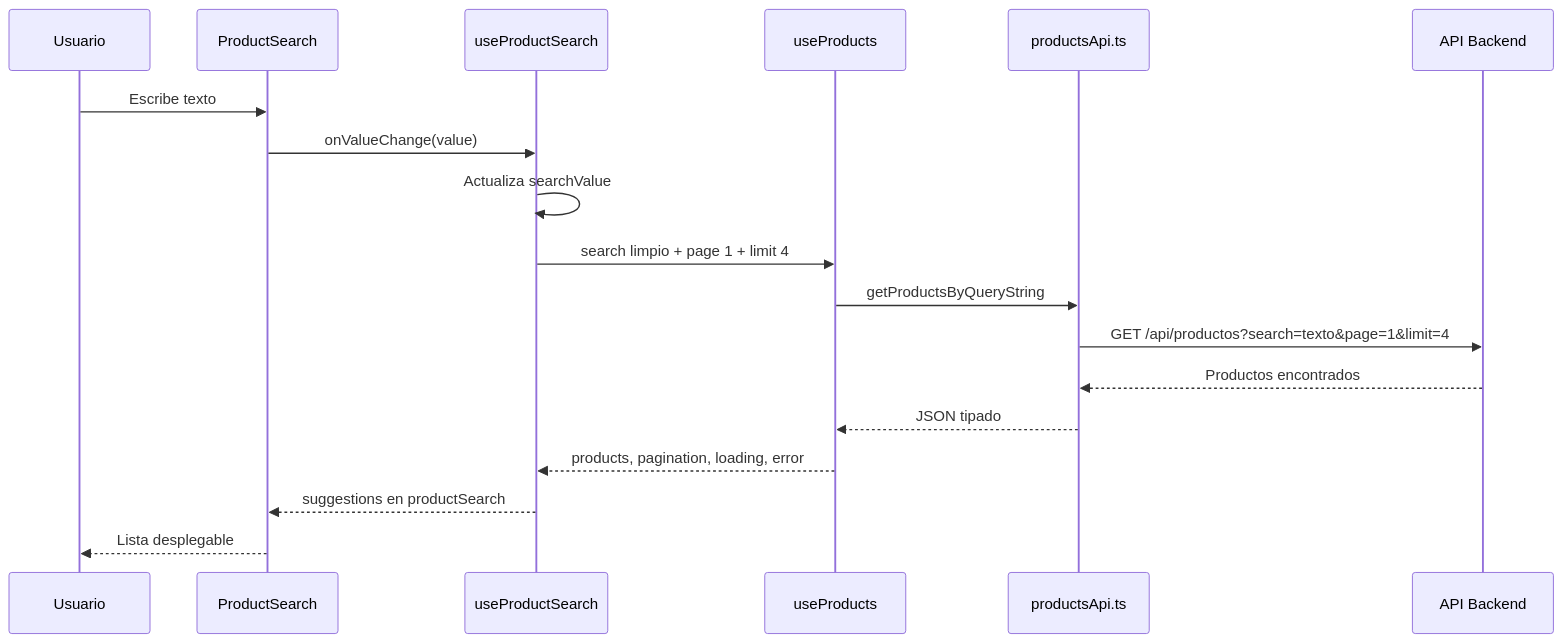
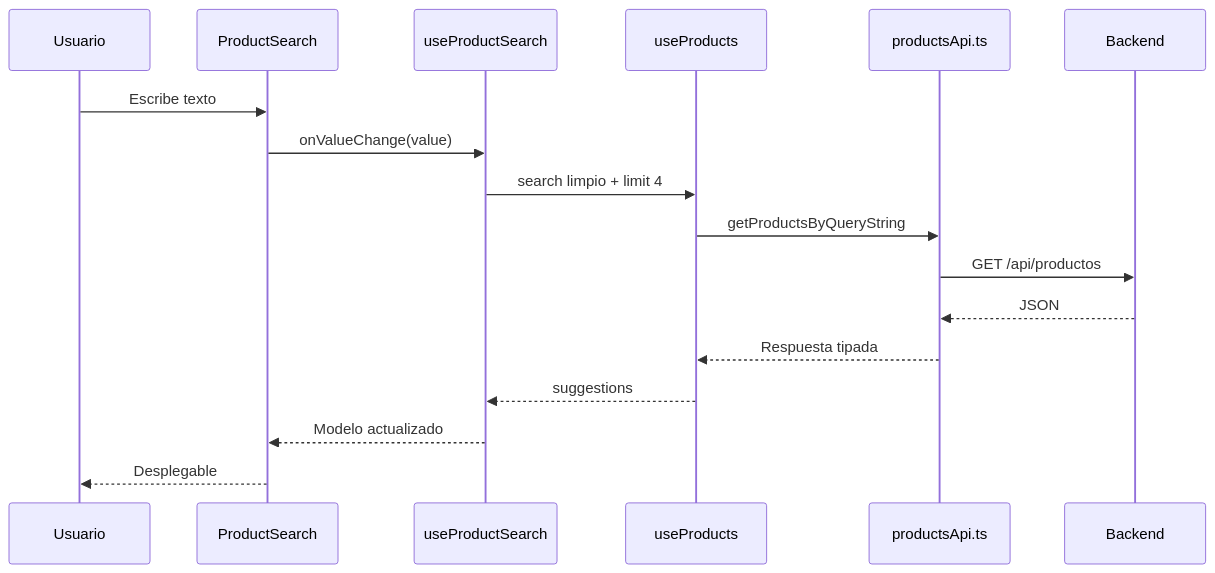
The third of 4 diagrams in documentacion/GUIA_BARRA_BUSQUEDA_PRODUCTOS.md (BrandonAlbertt/ecommerce-sosaimpor-frontend), drawn with Mermaid before and after one commit. The commit also changed other lines of this file and 13 other files, not shown here.

````diff
--- a/documentacion/GUIA_BARRA_BUSQUEDA_PRODUCTOS.md
+++ b/documentacion/GUIA_BARRA_BUSQUEDA_PRODUCTOS.md
@@ -85,21 +56,20 @@
 ```mermaid
 sequenceDiagram
-  participant User as Usuario
+  participant U as Usuario
   participant UI as ProductSearch
   participant Hook as useProductSearch
   participant Products as useProducts
-  participant Api as productsApi.ts
-  participant Backend as API Backend
+  participant API as productsApi.ts
+  participant Backend as Backend
 
-  User->>UI: Escribe texto
+  U->>UI: Escribe texto
   UI->>Hook: onValueChange(value)
-  Hook->>Hook: Actualiza searchValue
-  Hook->>Products: search limpio + page 1 + limit 4
-  Products->>Api: getProductsByQueryString
-  Api->>Backend: GET /api/productos?search=texto&page=1&limit=4
-  Backend-->>Api: Productos encontrados
-  Api-->>Products: JSON tipado
-  Products-->>Hook: products, pagination, loading, error
-  Hook-->>UI: suggestions en productSearch
-  UI-->>User: Lista desplegable
+  Hook->>Products: search limpio + limit 4
+  Products->>API: getProductsByQueryString
+  API->>Backend: GET /api/productos
+  Backend-->>API: JSON
+  API-->>Products: Respuesta tipada
+  Products-->>Hook: suggestions
+  Hook-->>UI: Modelo actualizado
+  UI-->>U: Desplegable
 ```
````
